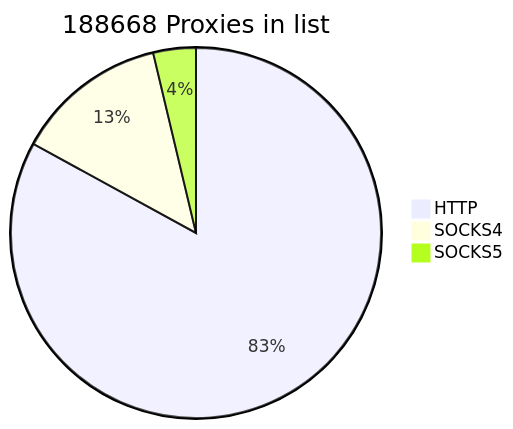
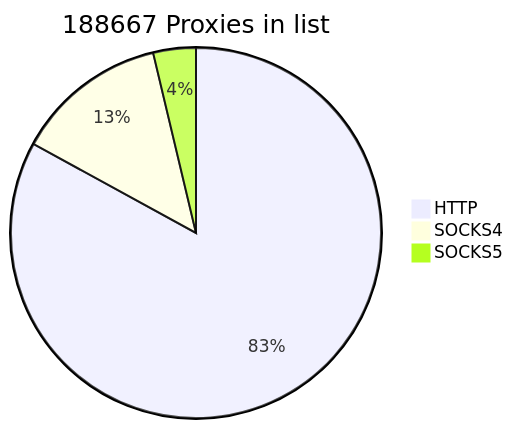
Before and after one commit to cutipu/proxylist: the first of 2 diagrams in README.md, drawn with Mermaid. The commit also changed other lines of this file, not shown here.

````diff
--- a/README.md
+++ b/README.md
@@ -2,7 +2,7 @@
 ```mermaid
-pie title 188668 Proxies in list
+pie title 188667 Proxies in list
     "HTTP" : 156552
-    "SOCKS4" : 25098
+    "SOCKS4" : 25097
     "SOCKS5" : 7018
             
 ```
````
